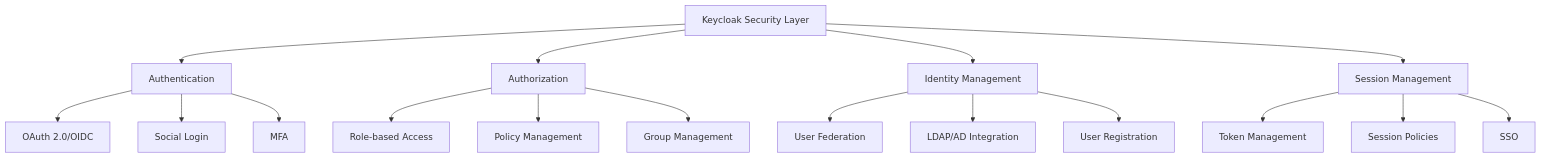
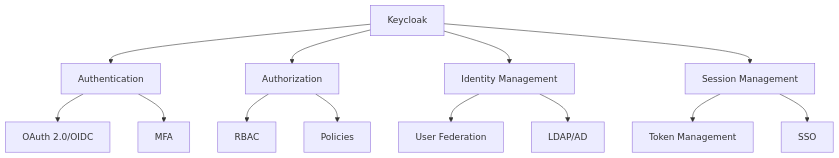
The seventh of 11 diagrams in layers.md (jihadajUAEU/bluemeshv2), drawn with Mermaid before and after one commit. The commit also changed other lines of this file and 2 other files, not shown here.

````diff
--- a/layers.md
+++ b/layers.md
@@ -147,23 +150,19 @@
 ```mermaid
 graph TD
-    A[Keycloak Security Layer] --> B[Authentication]
+    A[Keycloak] --> B[Authentication]
     A --> C[Authorization]
     A --> D[Identity Management]
     A --> E[Session Management]
     
     B --> F[OAuth 2.0/OIDC]
-    B --> G[Social Login]
-    B --> H[MFA]
+    B --> G[MFA]
     
-    C --> I[Role-based Access]
-    C --> J[Policy Management]
-    C --> K[Group Management]
+    C --> H[RBAC]
+    C --> I[Policies]
     
-    D --> L[User Federation]
-    D --> M[LDAP/AD Integration]
-    D --> N[User Registration]
+    D --> J[User Federation]
+    D --> K[LDAP/AD]
     
-    E --> O[Token Management]
-    E --> P[Session Policies]
-    E --> Q[SSO]
+    E --> L[Token Management]
+    E --> M[SSO]
 ```
````
